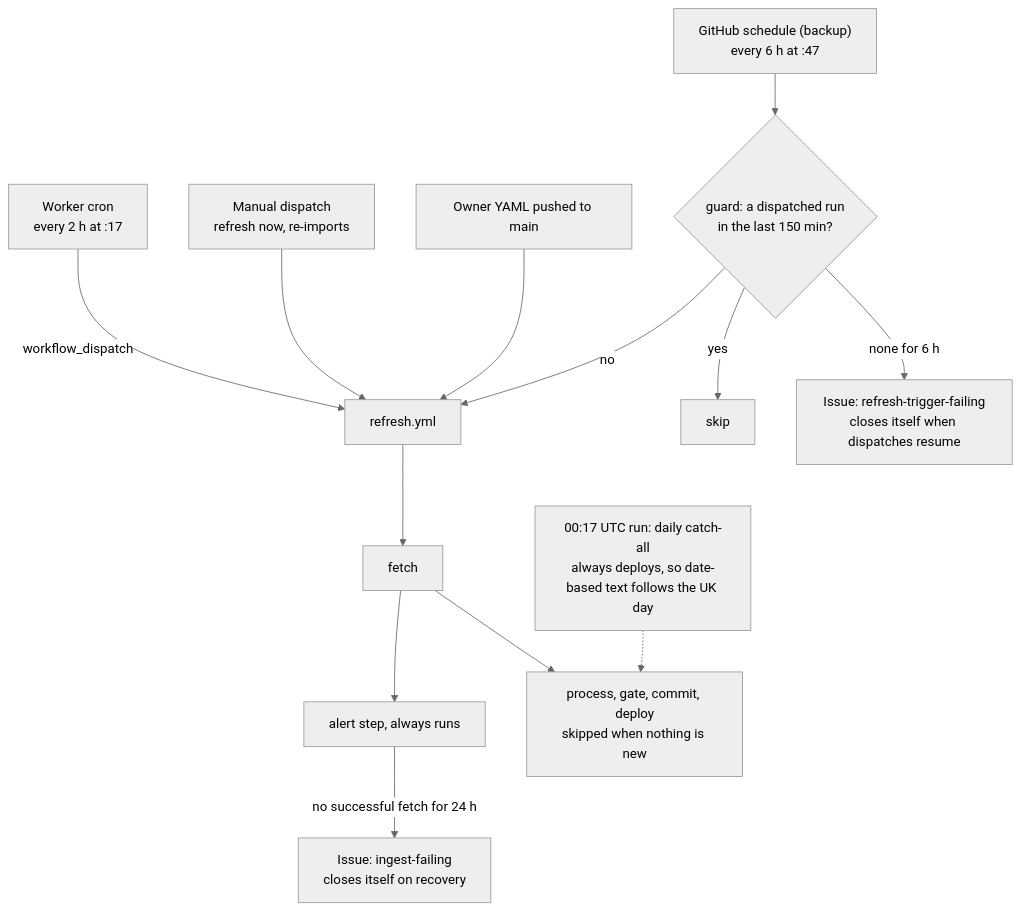
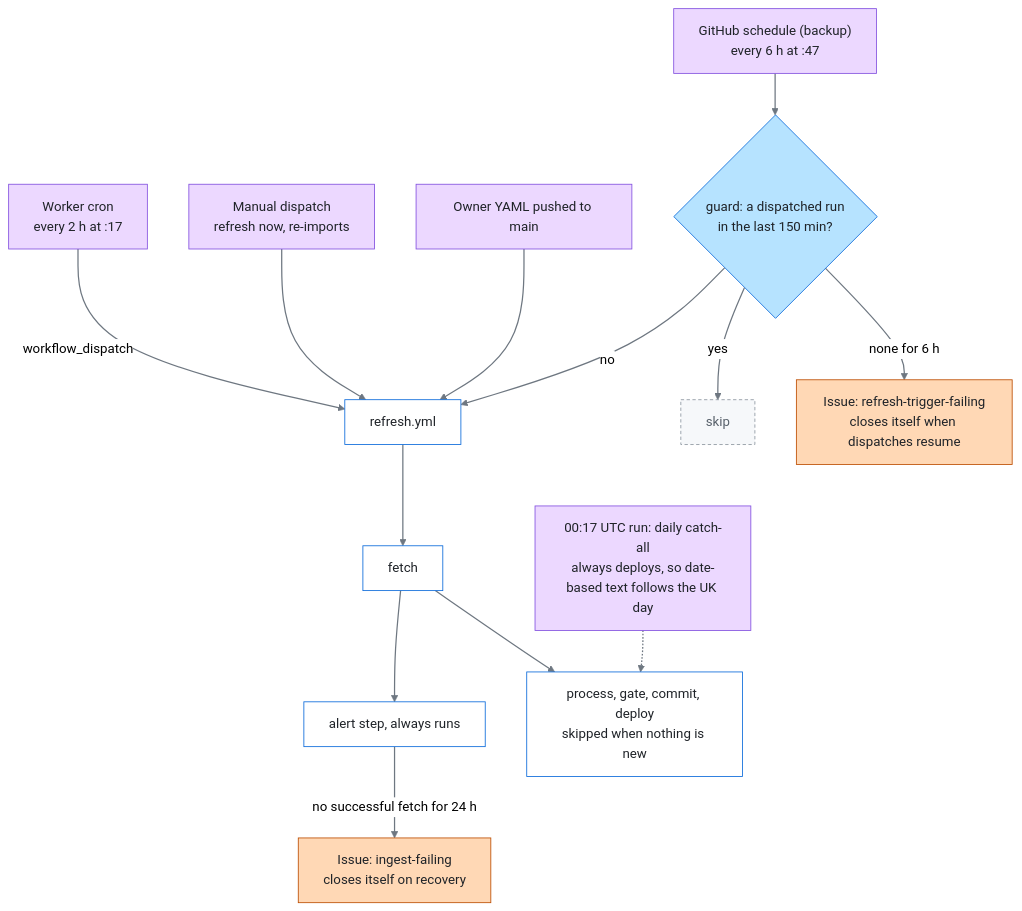
Before and after one commit to alexwebber/alexanderwebber.com: the second of 3 diagrams in README.md, drawn with Mermaid (neutral theme). The commit also changed other lines of this file and 1 other file, not shown here.

First line of the commit message:
docs(readme): colour the diagrams with one shared key

````diff
--- a/README.md
+++ b/README.md
@@ -91,15 +112,27 @@
 ```mermaid
 flowchart TB
   cron["Worker cron<br/>every 2 h at :17"] -->|"workflow_dispatch"| refresh
   manual["Manual dispatch<br/>refresh now, re-imports"] --> refresh
   push["Owner YAML pushed to main"] --> refresh
   sched["GitHub schedule (backup)<br/>every 6 h at :47"] --> guard{"guard: a dispatched run<br/>in the last 150 min?"}
   guard -->|"yes"| skip["skip"]
   guard -->|"no"| refresh
   guard -->|"none for 6 h"| issue1["Issue: refresh-trigger-failing<br/>closes itself when dispatches resume"]
   refresh["refresh.yml"] --> fetch["fetch"]
   fetch --> alert["alert step, always runs"]
   alert -->|"no successful fetch for 24 h"| issue2["Issue: ingest-failing<br/>closes itself on recovery"]
   fetch --> pub["process, gate, commit, deploy<br/>skipped when nothing is new"]
   daily["00:17 UTC run: daily catch-all<br/>always deploys, so date-based text follows the UK day"] -.-> pub
+
+  classDef trigger fill:#ecd8ff,stroke:#8250df,color:#1f2328
+  classDef step fill:#ffffff,stroke:#0969da,color:#1f2328
+  classDef check fill:#b6e3ff,stroke:#0969da,color:#1f2328
+  classDef alert fill:#ffd8b5,stroke:#bc4c00,color:#1f2328
+  classDef muted fill:#f6f8fa,stroke:#8c959f,color:#57606a,stroke-dasharray:4 3
+  class cron,manual,push,sched,daily trigger
+  class refresh,fetch,alert,pub step
+  class guard check
+  class issue1,issue2 alert
+  class skip muted
+  linkStyle default stroke:#6e7781,stroke-width:1.5px
 ```
````
